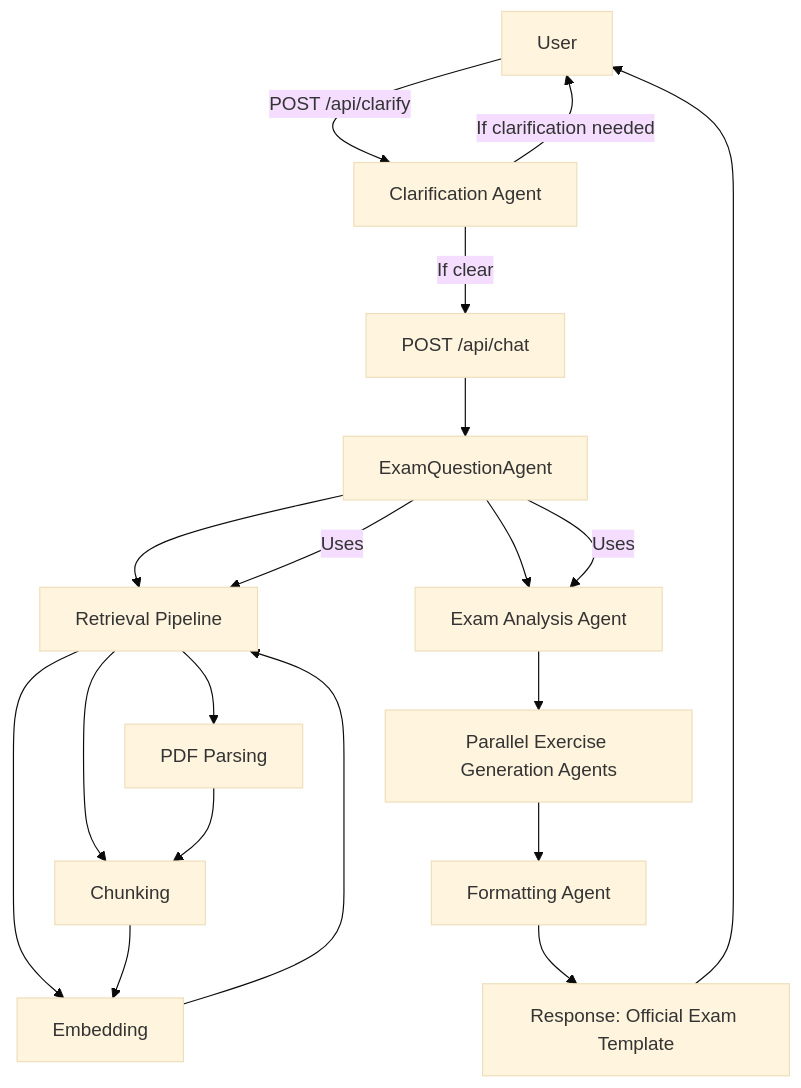
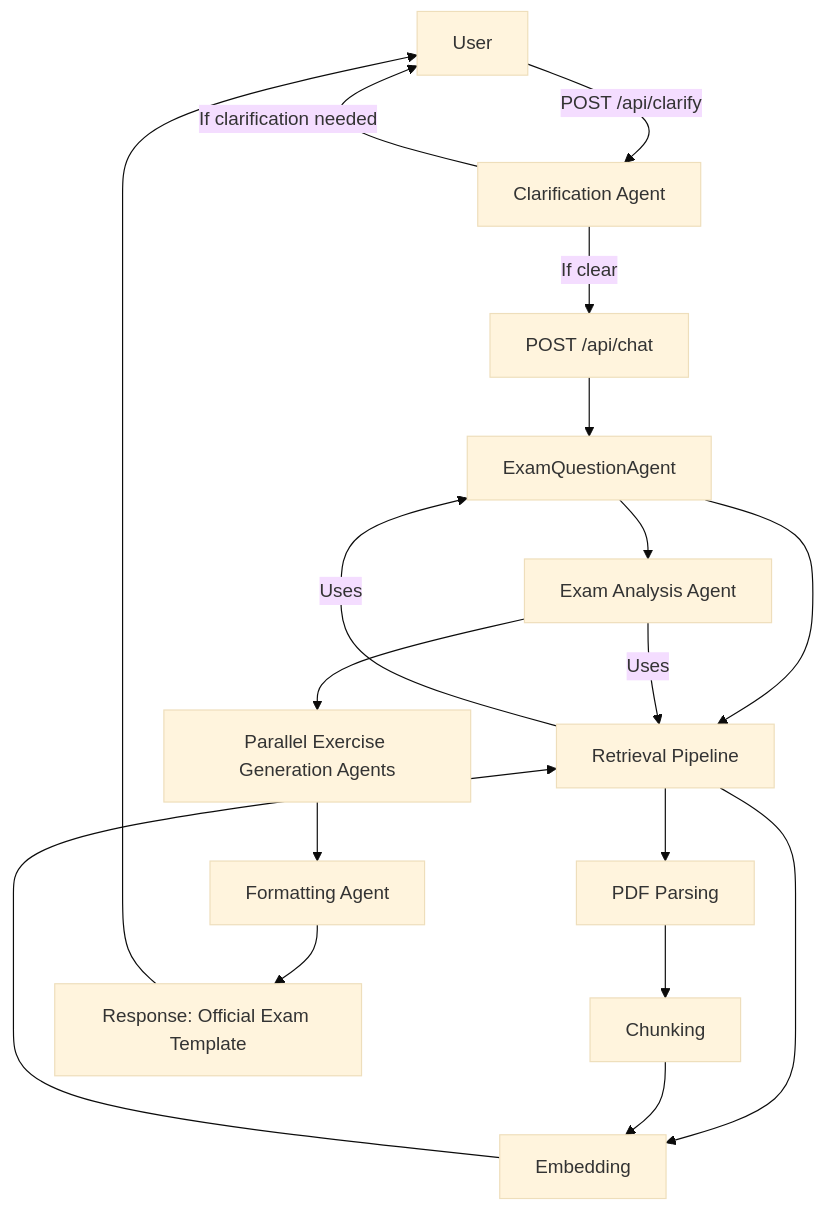
Before and after one commit to jawadhussein462/EduMindAI-backend: the diagram in README.md, drawn with Mermaid (base theme).

Commit message:
FEAT: Update Flow Chart

````diff
--- a/README.md
+++ b/README.md
@@ -92,21 +92,20 @@
 ```mermaid
 flowchart TD
     A["User"] -->|"POST /api/clarify"| B["Clarification Agent"]
     B -->|"If clarification needed"| A
     B -->|"If clear"| C["POST /api/chat"]
     C --> D["ExamQuestionAgent"]
     D --> E["Retrieval Pipeline"]
     E --> F["PDF Parsing"]
-    E --> G["Chunking"]
+    F --> G["Chunking"]
     E --> H["Embedding"]
     D --> I["Exam Analysis Agent"]
     I --> J["Parallel Exercise Generation Agents"]
     J --> K["Formatting Agent"]
     K --> L["Response: Official Exam Template"]
     L --> A
-    F --> G
     G --> H
     H --> E
-    D -->|"Uses"| E
-    D -->|"Uses"| I
+    E -->|"Uses"| D
+    I -->|"Uses"| E
 ```
````
